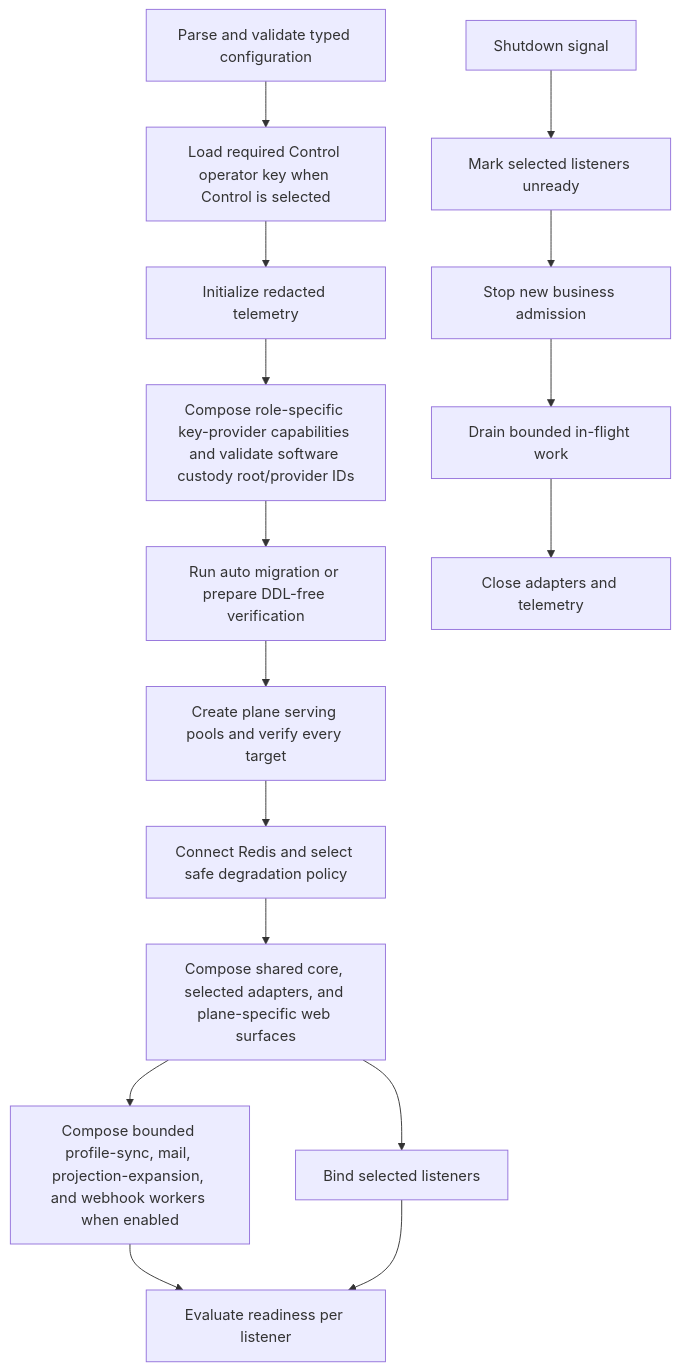
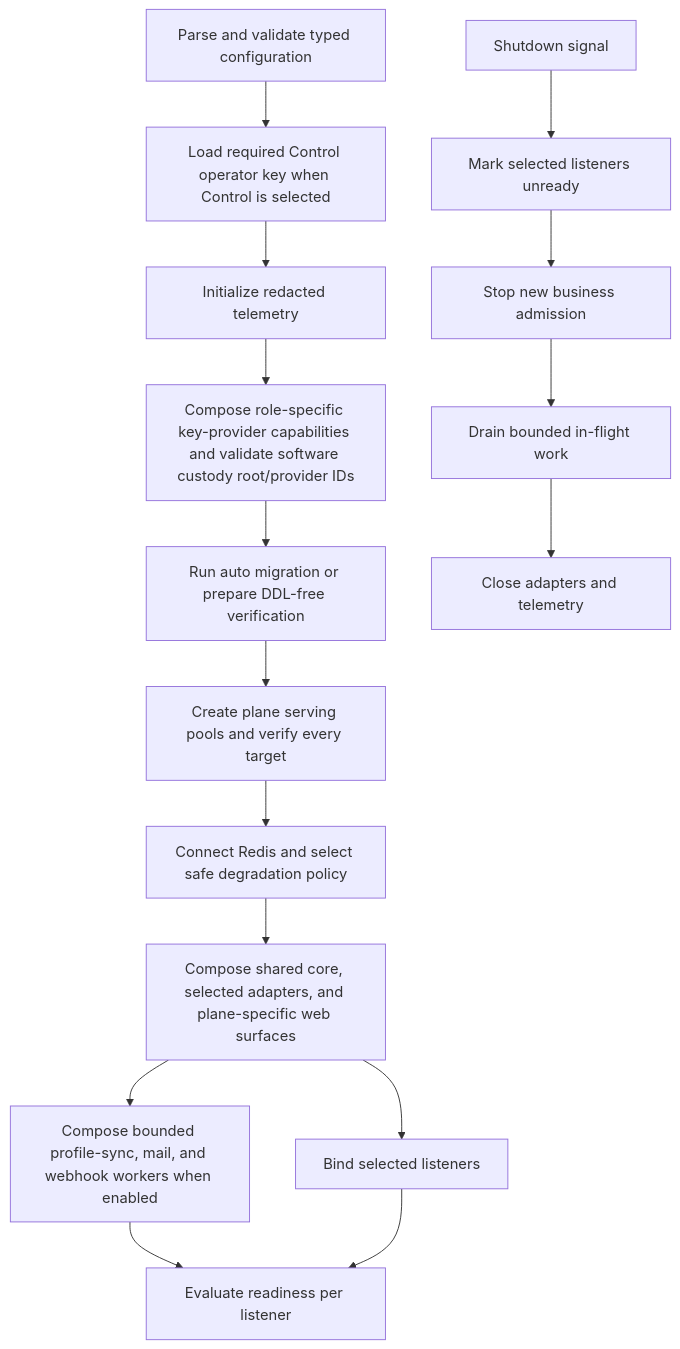
Before and after one commit to owlfoundry/owlauth: the first of 4 diagrams in spec/06-operations-configuration-and-security.md, drawn with Mermaid. The commit also changed other lines of this file and 158 other files, not shown here.

````diff
--- a/spec/06-operations-configuration-and-security.md
+++ b/spec/06-operations-configuration-and-security.md
@@ -20,19 +20,19 @@
 ```mermaid
 flowchart TD
     Config[Parse and validate typed configuration] --> OperatorKey[Load required Control operator key when Control is selected]
     OperatorKey --> Telemetry[Initialize redacted telemetry]
     Telemetry --> Providers[Compose role-specific key-provider capabilities and validate software custody root/provider IDs]
     Providers --> Schema[Run auto migration or prepare DDL-free verification]
     Schema --> PG[Create plane serving pools and verify every target]
     PG --> Redis[Connect Redis and select safe degradation policy]
     Redis --> Core[Compose shared core, selected adapters, and plane-specific web surfaces]
-    Core --> Workers[Compose bounded profile-sync, mail, projection-expansion, and webhook workers when enabled]
+    Core --> Workers[Compose bounded profile-sync, mail, and webhook workers when enabled]
     Core --> Bind[Bind selected listeners]
     Workers --> Ready
     Bind --> Ready[Evaluate readiness per listener]
 
     Stop[Shutdown signal] --> Unready[Mark selected listeners unready]
     Unready --> Admission[Stop new business admission]
     Admission --> Drain[Drain bounded in-flight work]
     Drain --> Close[Close adapters and telemetry]
 ```
````
